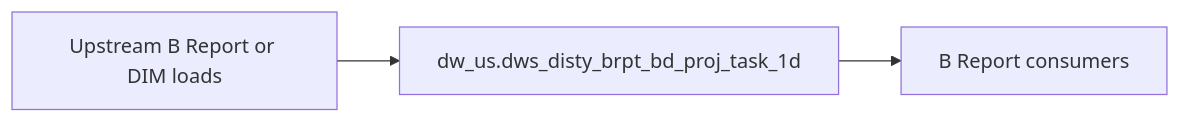
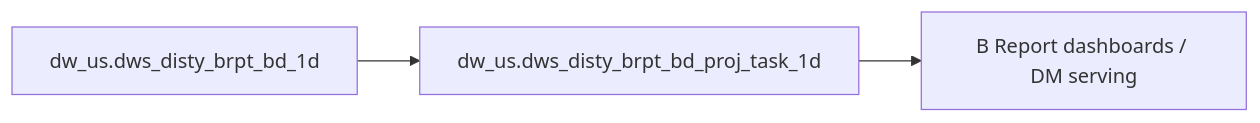
One commit to chengduhaha/data_agent changed the diagram in backend/defaults/b_report/workspace/target/knowledgebase/b-report-us/dws_disty_brpt_bd_proj_task_1d.md. Above: the diagram before and after it, drawn with Mermaid. The commit also changed other lines of this file and 1108 other files, not shown here.

````diff
--- a/backend/defaults/b_report/workspace/target/knowledgebase/b-report-us/dws_disty_brpt_bd_proj_task_1d.md
+++ b/backend/defaults/b_report/workspace/target/knowledgebase/b-report-us/dws_disty_brpt_bd_proj_task_1d.md
@@ -155,8 +267,8 @@
 ```mermaid
 flowchart LR
-  upstream[Upstream B Report or DIM loads]
-  tgt["dw_us.dws_disty_brpt_bd_proj_task_1d"]
-  brpt[B Report consumers]
-  upstream --> tgt
-  tgt --> brpt
+  dw_us_dws_disty_brpt_bd_proj_task_1d["dw_us.dws_disty_brpt_bd_proj_task_1d"]
+  src0["dw_us.dws_disty_brpt_bd_1d"]
+  src0 --> dw_us_dws_disty_brpt_bd_proj_task_1d
+  consumers["B Report dashboards / DM serving"]
+  dw_us_dws_disty_brpt_bd_proj_task_1d --> consumers
 ```
````
